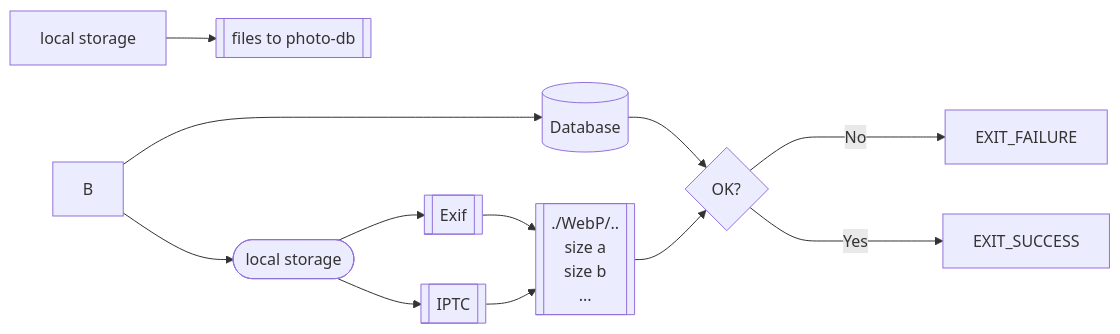
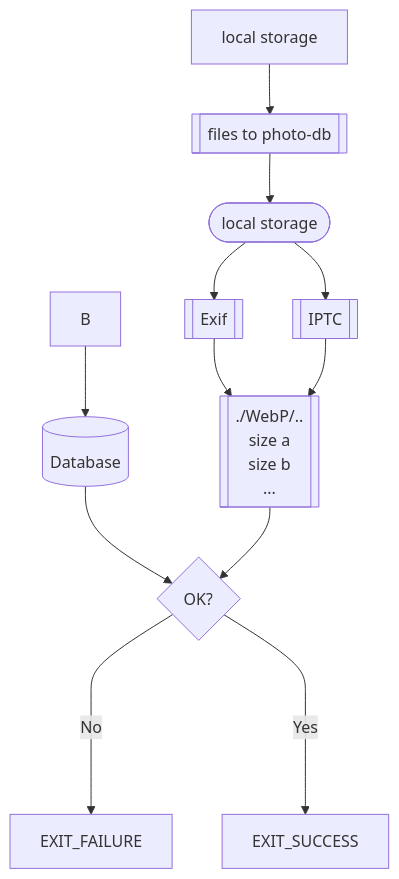
Before and after one commit to Zheng-Bote/qt_files_photo-gallery: the second of 7 diagrams in README.md, drawn with Mermaid. The commit also changed other lines of this file, not shown here.

Commit message:
upd: Mermaid

````diff
--- a/README.md
+++ b/README.md
@@ -319,14 +319,14 @@
 ```mermaid
-flowchart LR;
+flowchart TD;
   A[local storage] --> P[[files to photo-db]]
-  B --> S([local storage])
+  P --> S([local storage])
   S --> E[[Exif]] & I[[IPTC]] --> W[["`./WebP/..
   size a
   size b
   ...`"]]
   B --> D[(Database)]
   D --> C{OK?}
   W --> C{OK?}
   C ---->|No| F[EXIT_FAILURE]
   C ---->|Yes| O[EXIT_SUCCESS]
 ```
````
